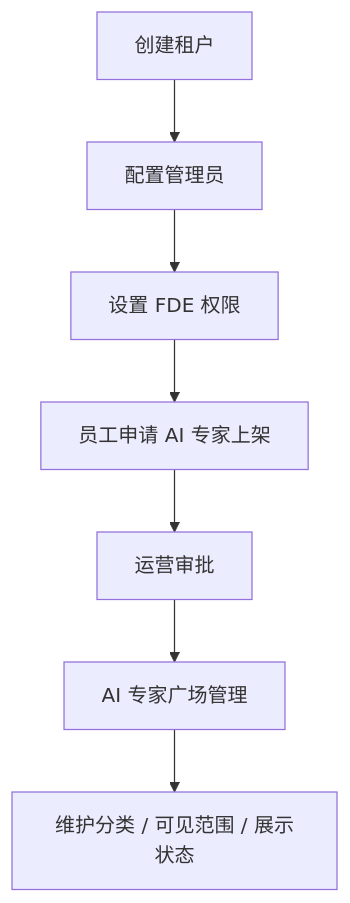
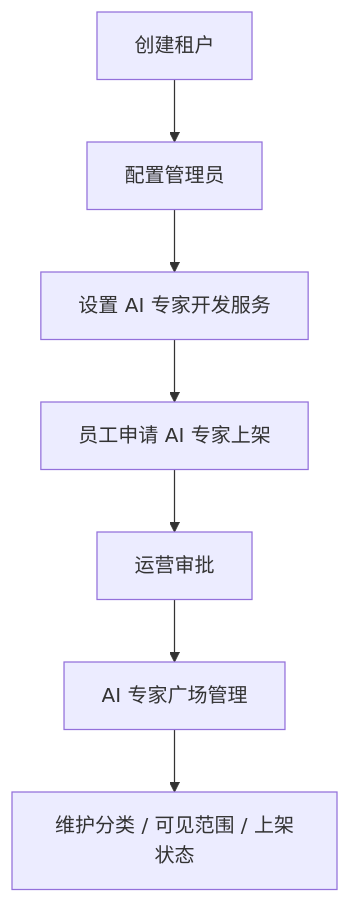
Before and after one commit to wanquanY/Frontis_prd: the fourth of 4 diagrams in Frontis AI · 完整 PRD V2.md, drawn with Mermaid. The commit also changed other lines of this file and 7 other files, not shown here.

````diff
--- a/Frontis AI · 完整 PRD V2.md
+++ b/Frontis AI · 完整 PRD V2.md
@@ -334,9 +334,9 @@
 ```mermaid
 flowchart TD
   A["创建租户"] --> B["配置管理员"]
-  B --> C["设置 FDE 权限"]
+  B --> C["设置 AI 专家开发服务"]
   C --> D["员工申请 AI 专家上架"]
   D --> E["运营审批"]
   E --> F["AI 专家广场管理"]
-  F --> G["维护分类 / 可见范围 / 展示状态"]
+  F --> G["维护分类 / 可见范围 / 上架状态"]
 ```
````
